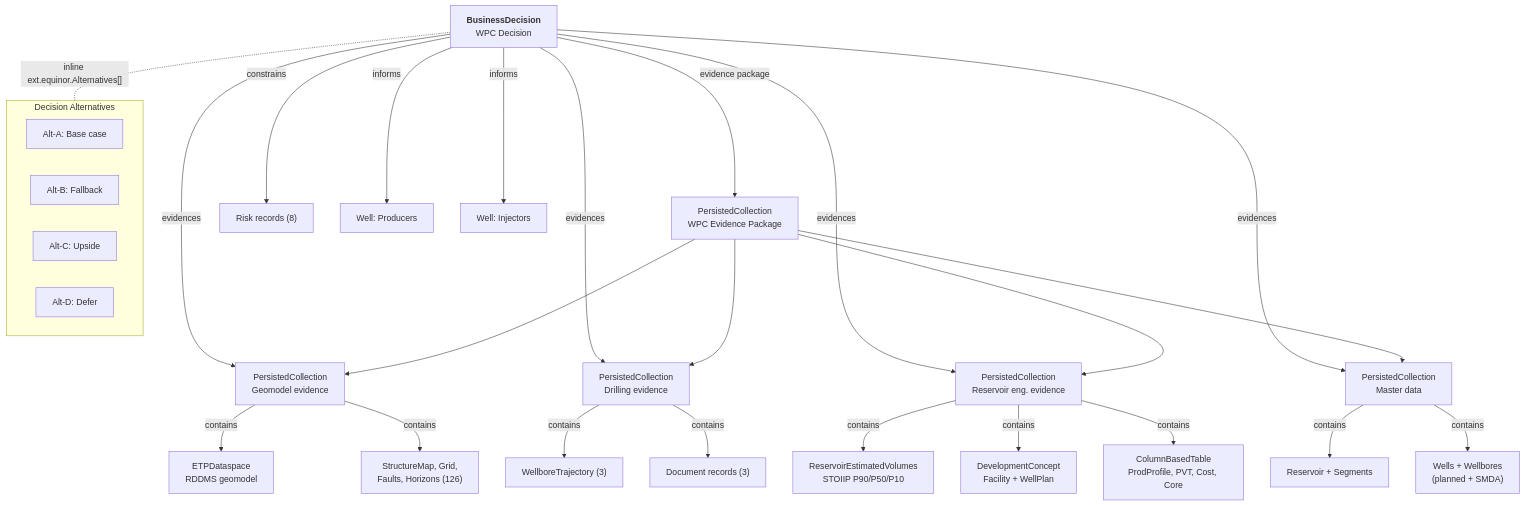
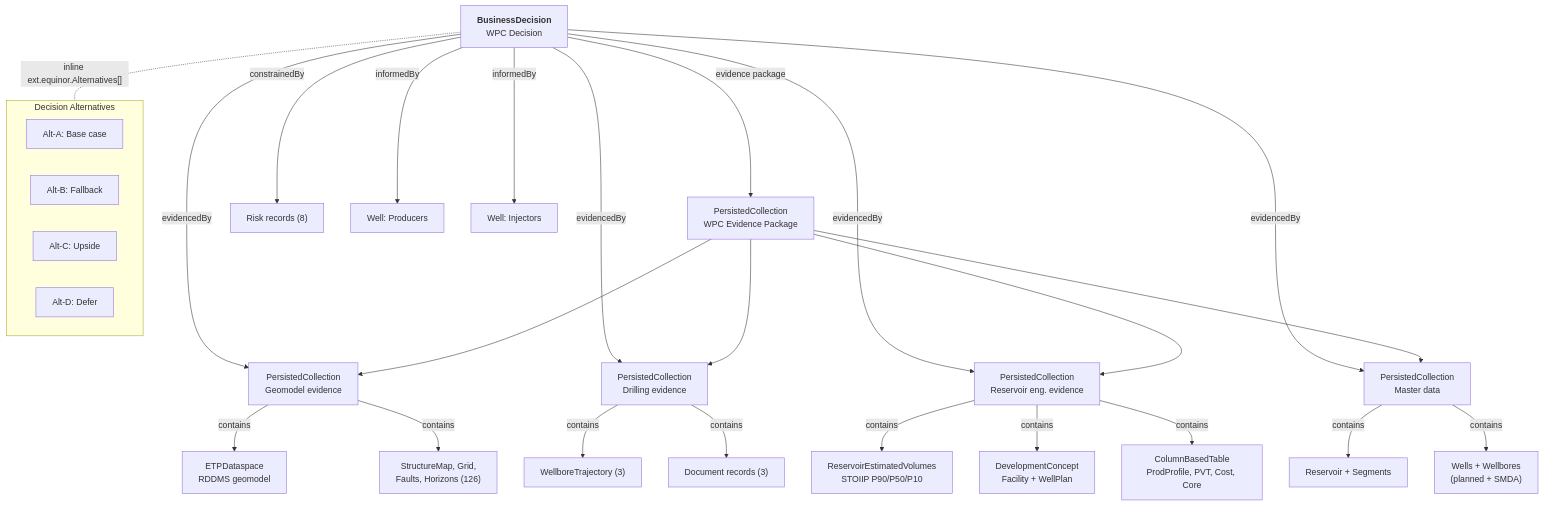
The diagram in md/OsduWellWpcOntology.md (equinor/ores), drawn with Mermaid before and after one commit. The commit also changed other lines of this file and 5 other files, not shown here.

````diff
--- a/md/OsduWellWpcOntology.md
+++ b/md/OsduWellWpcOntology.md
@@ -17,41 +17,41 @@
 ```mermaid
 graph TD
     BD["<b>BusinessDecision</b><br/>WPC Decision"]
 
     BD -->|evidence package| EPKG["PersistedCollection<br/>WPC Evidence Package"]
-    BD -->|evidences| GEOMODEL["PersistedCollection<br/>Geomodel evidence"]
-    BD -->|evidences| DRILL["PersistedCollection<br/>Drilling evidence"]
-    BD -->|evidences| RESENG["PersistedCollection<br/>Reservoir eng. evidence"]
-    BD -->|evidences| MDATA["PersistedCollection<br/>Master data"]
+    BD -->|evidencedBy| GEOMODEL["PersistedCollection<br/>Geomodel evidence"]
+    BD -->|evidencedBy| DRILL["PersistedCollection<br/>Drilling evidence"]
+    BD -->|evidencedBy| RESENG["PersistedCollection<br/>Reservoir eng. evidence"]
+    BD -->|evidencedBy| MDATA["PersistedCollection<br/>Master data"]
 
     EPKG --> GEOMODEL
     EPKG --> DRILL
     EPKG --> RESENG
     EPKG --> MDATA
 
     GEOMODEL -->|contains| DS["ETPDataspace<br/>RDDMS geomodel"]
     GEOMODEL -->|contains| SM["StructureMap, Grid,<br/>Faults, Horizons (126)"]
 
     DRILL -->|contains| TRAJ["WellboreTrajectory (3)"]
     DRILL -->|contains| DOCS["Document records (3)"]
 
     RESENG -->|contains| VOL["ReservoirEstimatedVolumes<br/>STOIIP P90/P50/P10"]
     RESENG -->|contains| DC["DevelopmentConcept<br/>Facility + WellPlan"]
     RESENG -->|contains| CBT["ColumnBasedTable<br/>ProdProfile, PVT, Cost, Core"]
 
     MDATA -->|contains| RES["Reservoir + Segments"]
     MDATA -->|contains| WELLS["Wells + Wellbores<br/>(planned + SMDA)"]
 
-    BD -->|constrains| R["Risk records (8)"]
-    BD -->|informs| W_PROD["Well: Producers"]
-    BD -->|informs| W_INJ["Well: Injectors"]
+    BD -->|constrainedBy| R["Risk records (8)"]
+    BD -->|informedBy| W_PROD["Well: Producers"]
+    BD -->|informedBy| W_INJ["Well: Injectors"]
 
     BD -.-|"inline ext.equinor.Alternatives[]"| ALT
 
     subgraph ALT["Decision Alternatives"]
         A1["Alt-A: Base case"]
         A2["Alt-B: Fallback"]
         A3["Alt-C: Upside"]
         A4["Alt-D: Defer"]
     end
 ```
````
